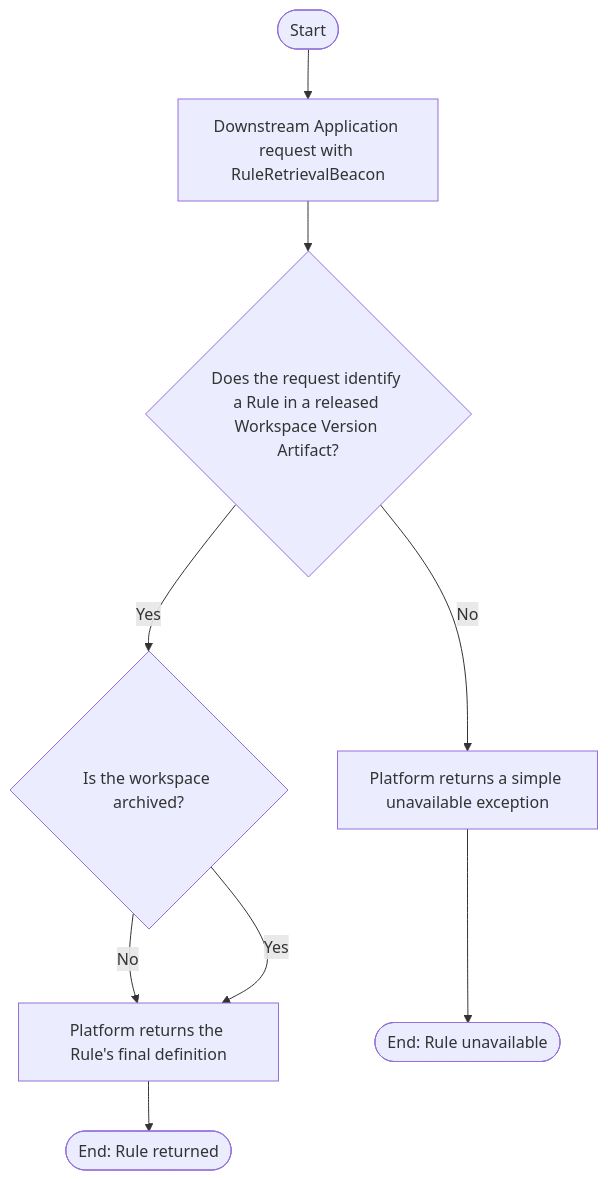
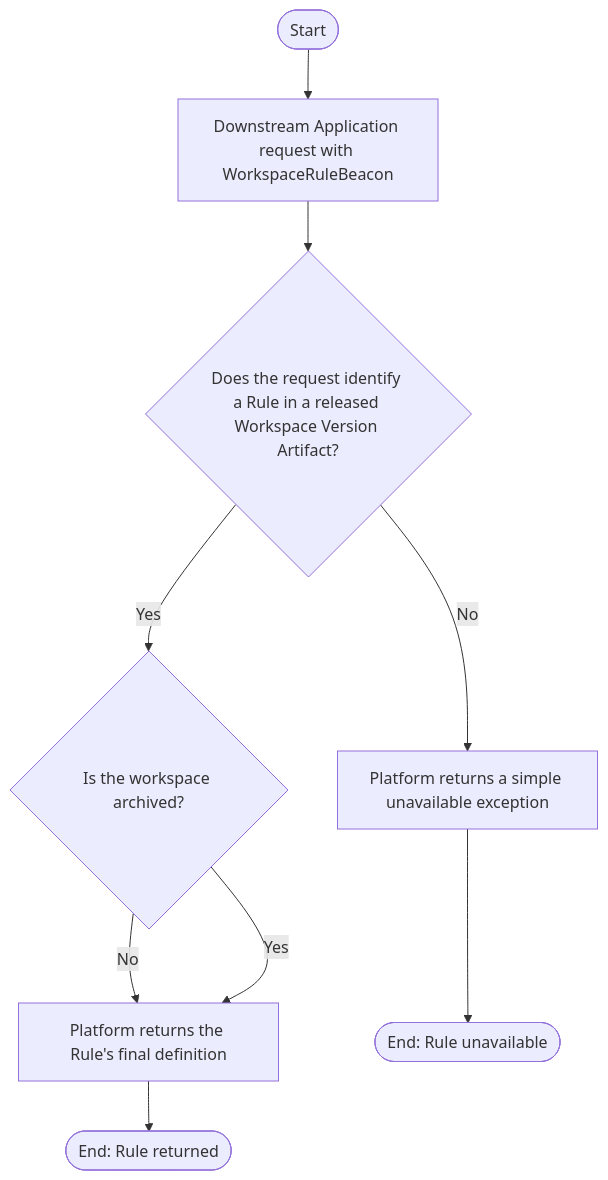
One commit to huang-xiao-jian/themis changed the diagram in specs/copernicus/use-case/retrieve-rule-from-released-workspace-version.md. Above: the diagram before and after it, drawn with Mermaid. The commit also changed other lines of this file and 3 other files, not shown here.

Commit message:
docs: update guidance and rename workspace rule beacon

````diff
--- a/specs/copernicus/use-case/retrieve-rule-from-released-workspace-version.md
+++ b/specs/copernicus/use-case/retrieve-rule-from-released-workspace-version.md
@@ -32,12 +32,12 @@
 ```mermaid
 flowchart TD
-    start([Start]) --> submit[Downstream Application request with RuleRetrievalBeacon]
+    start([Start]) --> submit[Downstream Application request with WorkspaceRuleBeacon]
     submit --> available{Does the request identify a Rule in a released Workspace Version Artifact?}
     available -->|Yes| archived{Is the workspace archived?}
     archived -->|No| returnRule[Platform returns the Rule's final definition]
     archived -->|Yes| returnRule
     returnRule --> endSuccess([End: Rule returned])
 
     available -->|No| unavailable[Platform returns a simple unavailable exception]
     unavailable --> endUnavailable([End: Rule unavailable])
 ```
````
